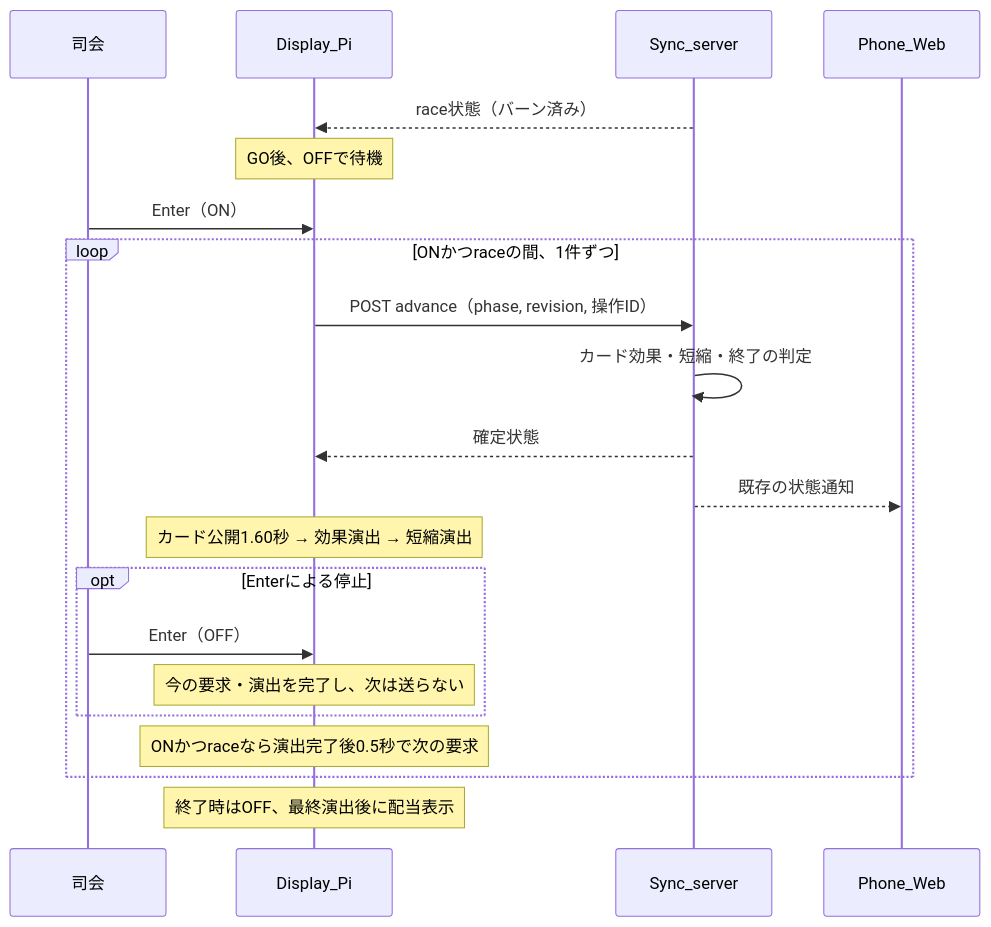
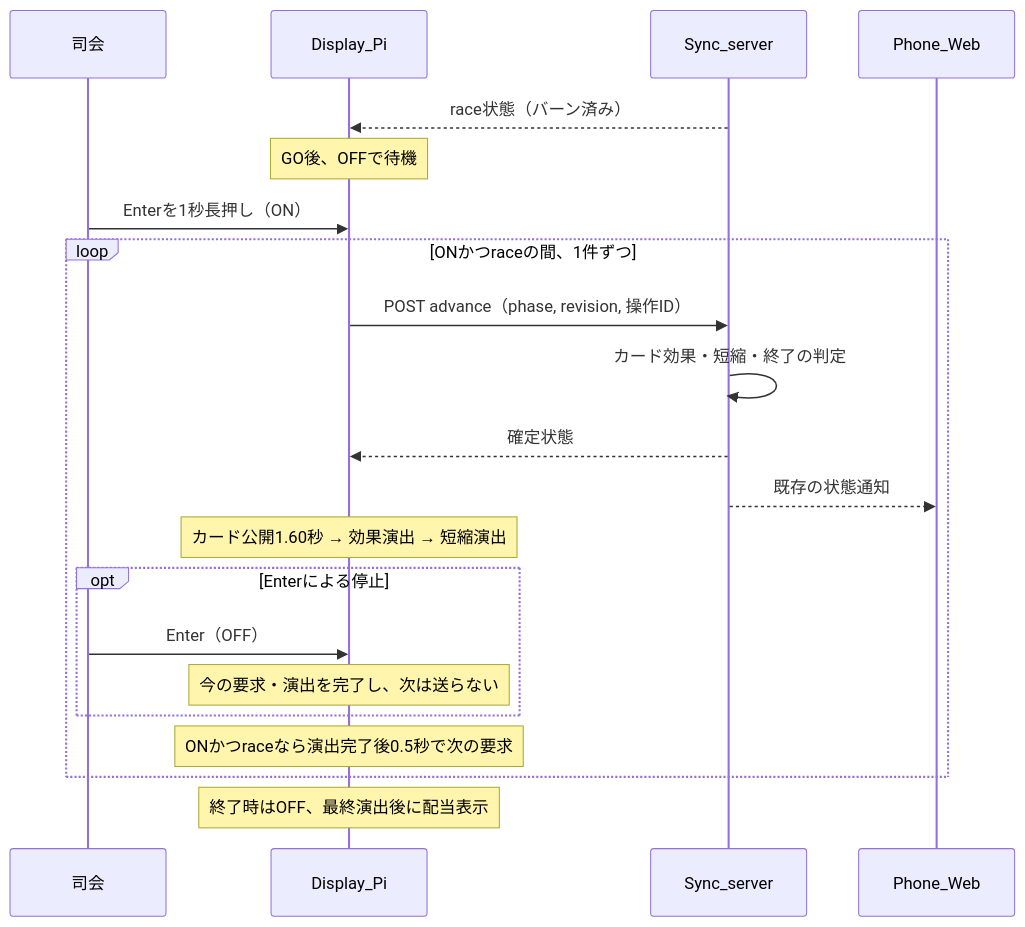
One commit to nittohbs-dev/HotStreak changed the diagram in docs/design/hotstreak/features/race/flows.md. Above: the diagram before and after it, drawn with Mermaid. The commit also changed other lines of this file and 13 other files, not shown here.

````diff
--- a/docs/design/hotstreak/features/race/flows.md
+++ b/docs/design/hotstreak/features/race/flows.md
@@ -5,23 +5,23 @@
 ```mermaid
 sequenceDiagram
   participant Host as 司会
   participant Display as Display_Pi
   participant Sync as Sync_server
   participant Phone as Phone_Web
   Sync-->>Display: race状態（バーン済み）
   Note over Display: GO後、OFFで待機
-  Host->>Display: Enter（ON）
+  Host->>Display: Enterを1秒長押し（ON）
   loop ONかつraceの間、1件ずつ
     Display->>Sync: POST advance（phase, revision, 操作ID）
     Sync->>Sync: カード効果・短縮・終了の判定
     Sync-->>Display: 確定状態
     Sync-->>Phone: 既存の状態通知
     Note over Display: カード公開1.60秒 → 効果演出 → 短縮演出
     opt Enterによる停止
       Host->>Display: Enter（OFF）
       Note over Display: 今の要求・演出を完了し、次は送らない
     end
     Note over Display: ONかつraceなら演出完了後0.5秒で次の要求
   end
   Note over Display: 終了時はOFF、最終演出後に配当表示
 ```
````
